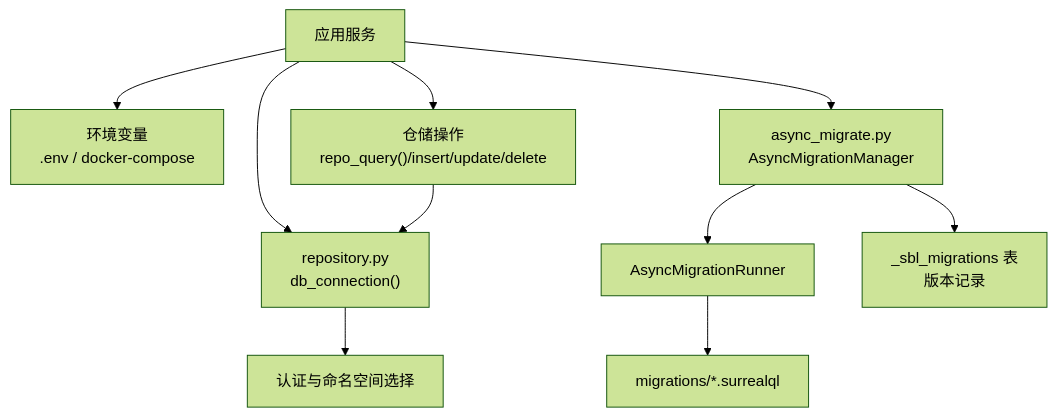
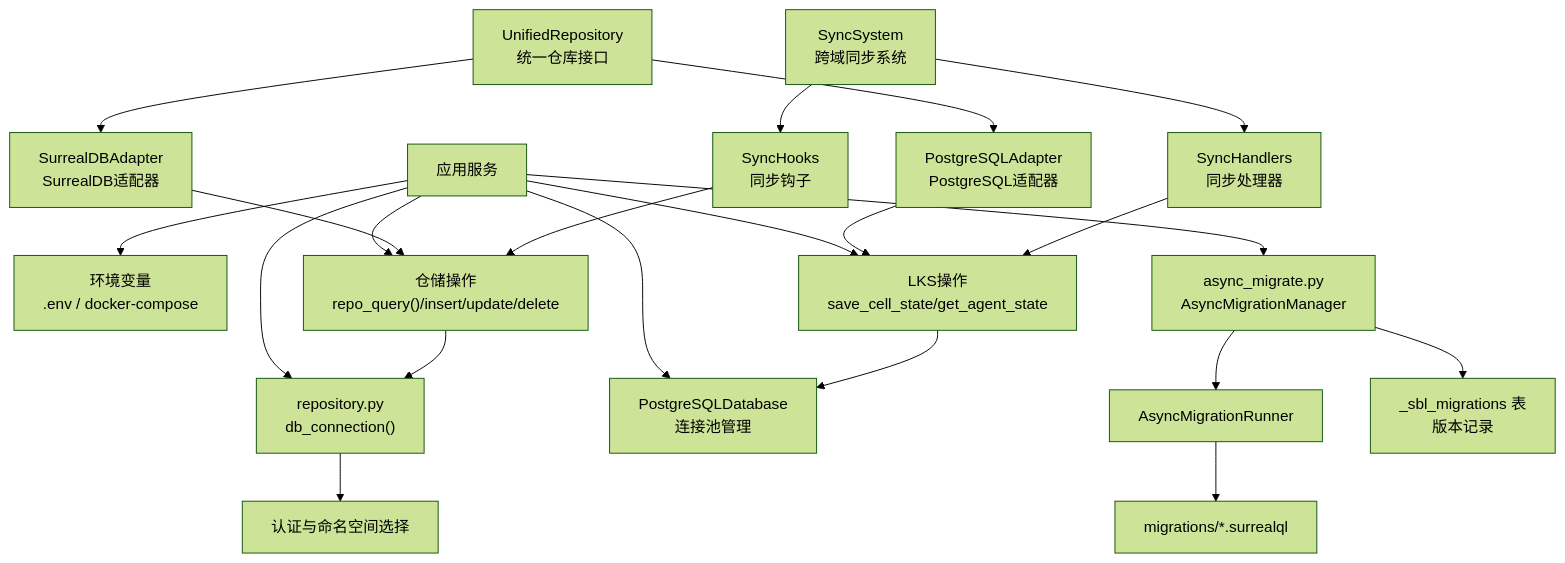
The second of 10 diagrams in .qoder/repowiki/zh/content/配置管理/数据库配置.md (jackeyunjie/open-notebook), drawn with Mermaid (forest theme) before and after one commit. The commit also changed other lines of this file and 51 other files, not shown here.

````diff
--- a/.qoder/repowiki/zh/content/配置管理/数据库配置.md
+++ b/.qoder/repowiki/zh/content/配置管理/数据库配置.md
@@ -95,21 +163,40 @@
 ```mermaid
 graph TB
 App["应用服务"]
 Env["环境变量<br/>.env / docker-compose"]
-Conn["repository.py<br/>db_connection()"]
+SurrealConn["repository.py<br/>db_connection()"]
+PostgresConn["PostgreSQLDatabase<br/>连接池管理"]
 Auth["认证与命名空间选择"]
 RepoOps["仓储操作<br/>repo_query()/insert/update/delete"]
+PostgresOps["LKS操作<br/>save_cell_state/get_agent_state"]
 MigMgr["async_migrate.py<br/>AsyncMigrationManager"]
 Runner["AsyncMigrationRunner"]
 Migs["migrations/*.surrealql"]
+UnifiedRepo["UnifiedRepository<br/>统一仓库接口"]
+SurrealAdapter["SurrealDBAdapter<br/>SurrealDB适配器"]
+PostgresAdapter["PostgreSQLAdapter<br/>PostgreSQL适配器"]
 VerTbl["_sbl_migrations 表<br/>版本记录"]
+SyncSystem["SyncSystem<br/>跨域同步系统"]
+SyncHandlers["SyncHandlers<br/>同步处理器"]
+SyncHooks["SyncHooks<br/>同步钩子"]
 App --> Env
-App --> Conn
-Conn --> Auth
+App --> SurrealConn
+App --> PostgresConn
+SurrealConn --> Auth
 App --> RepoOps
+App --> PostgresOps
 App --> MigMgr
 MigMgr --> Runner
 Runner --> Migs
 MigMgr --> VerTbl
-RepoOps --> Conn
+RepoOps --> SurrealConn
+PostgresOps --> PostgresConn
+UnifiedRepo --> SurrealAdapter
+UnifiedRepo --> PostgresAdapter
+SurrealAdapter --> RepoOps
+PostgresAdapter --> PostgresOps
+SyncSystem --> SyncHandlers
+SyncSystem --> SyncHooks
+SyncHandlers --> PostgresOps
+SyncHooks --> RepoOps
 ```
````
